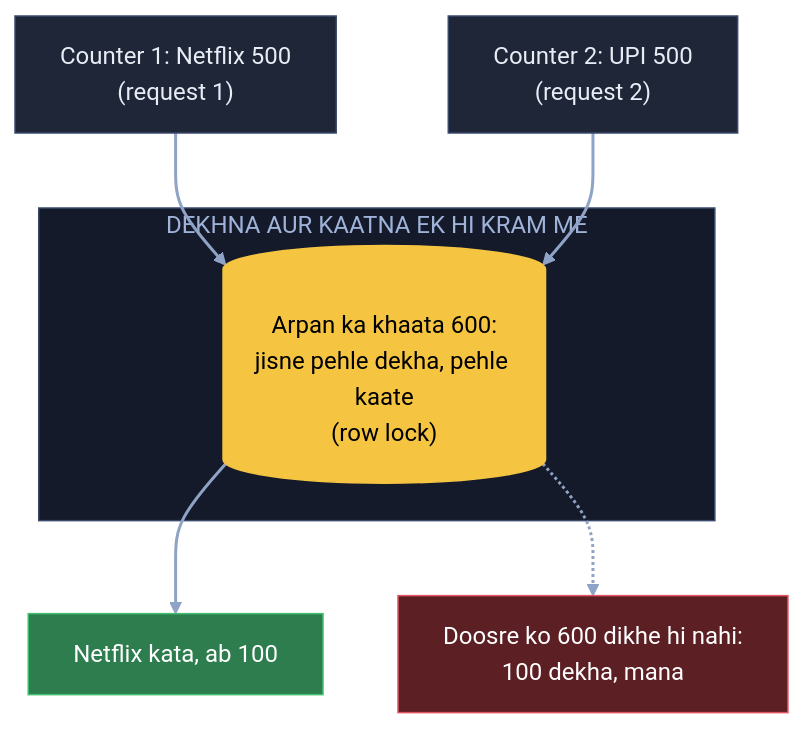
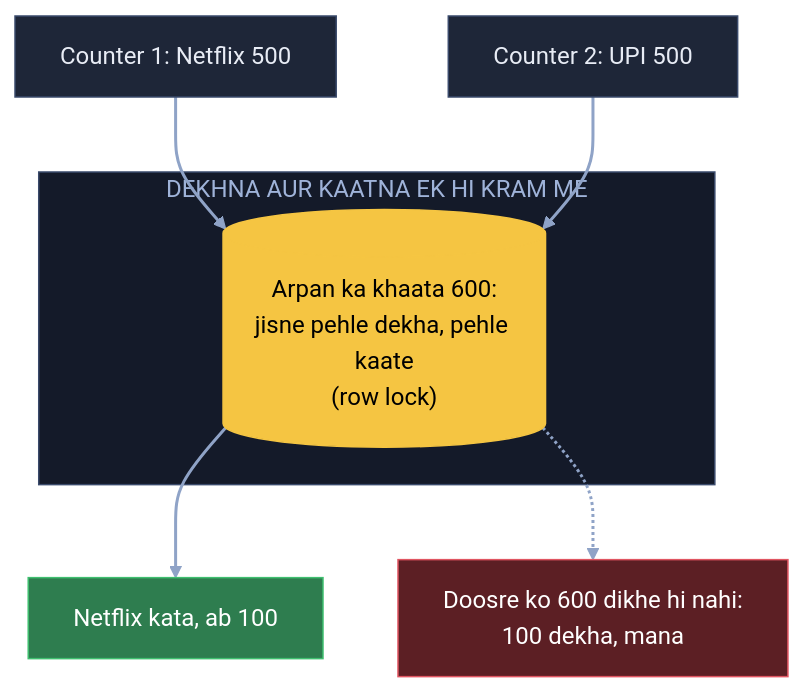
The third of 22 diagrams in 04_HLD/SYSTEM_DESIGNS/13_banking_system/13_banking_system.md (ArpanMaheshwari144/Prep), drawn with Mermaid before and after one commit. The commit also changed other lines of this file and 20 other files, not shown here.

Commit message:
Diagram: sirf hand notes wale naam rahe (66 apne joda naam hataye); README 22-Nov tak update

````diff
--- a/04_HLD/SYSTEM_DESIGNS/13_banking_system/13_banking_system.md
+++ b/04_HLD/SYSTEM_DESIGNS/13_banking_system/13_banking_system.md
@@ -162,20 +162,20 @@
 ```mermaid
 flowchart TB
-    N["Counter 1: Netflix 500<br/>(request 1)"]:::card
-    U["Counter 2: UPI 500<br/>(request 2)"]:::card
+    N["Counter 1: Netflix 500"]:::card
+    U["Counter 2: UPI 500"]:::card
     subgraph EK["DEKHNA AUR KAATNA EK HI KRAM ME"]
         B[("Arpan ka khaata 600:<br/>jisne pehle dekha, pehle kaate<br/>(row lock)")]:::pill
     end
     OK["Netflix kata, ab 100"]:::good
     X["Doosre ko 600 dikhe hi nahi:<br/>100 dekha, mana"]:::bad
     N --> B
     U --> B
     B --> OK
     B -.-> X
     linkStyle default stroke:#8fa3c7,stroke-width:2px
     classDef card fill:#1e2638,stroke:#3a4a6b,color:#e8ecf5
     classDef pill fill:#f5c542,stroke:#f5c542,color:#000
     classDef good fill:#2e7d4f,stroke:#3fbf6f,color:#fff
     classDef bad fill:#5c1f24,stroke:#e05561,color:#fff
     style EK fill:#141a29,stroke:#3a4a6b,color:#9fb3d9
 ```
````
